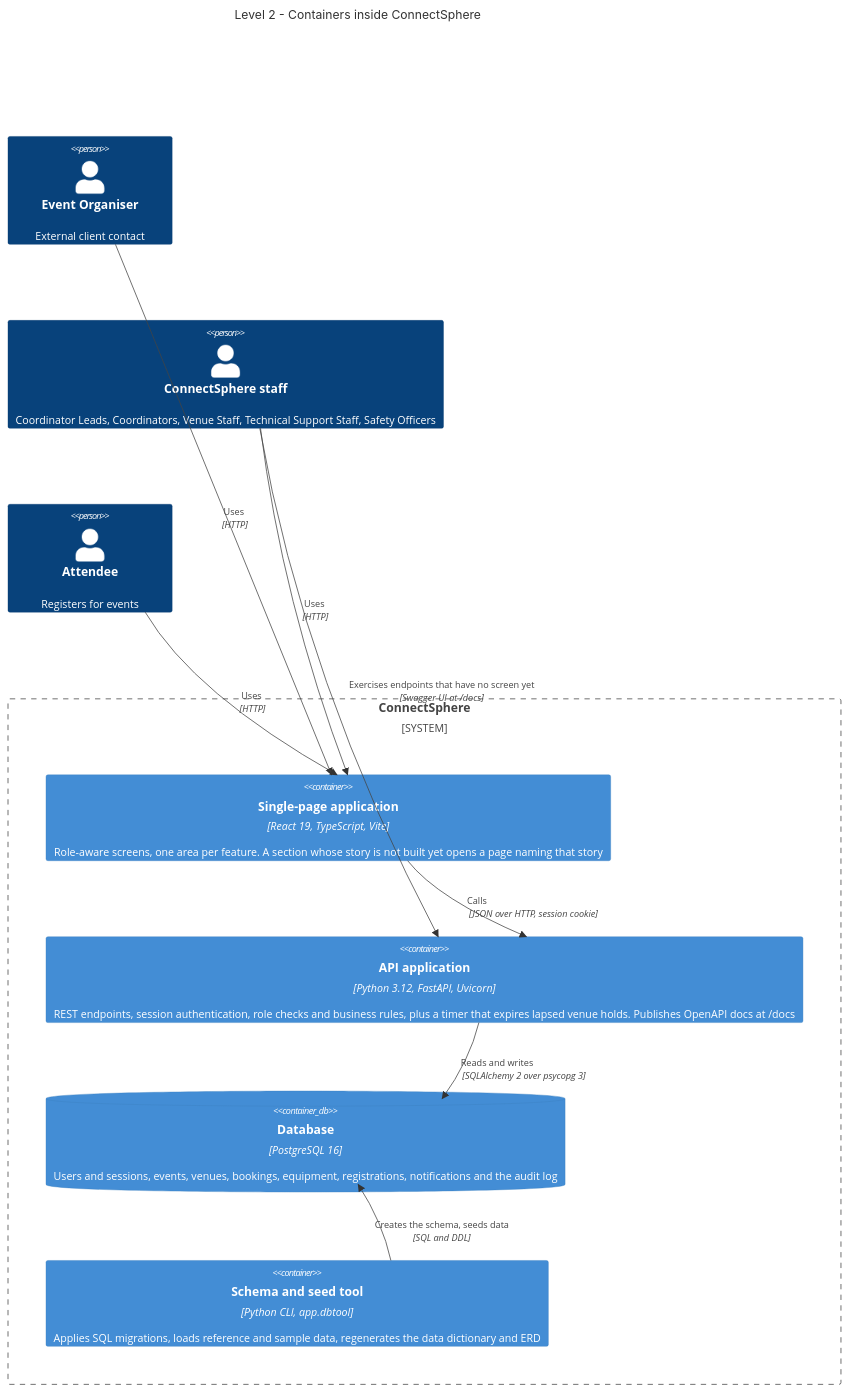
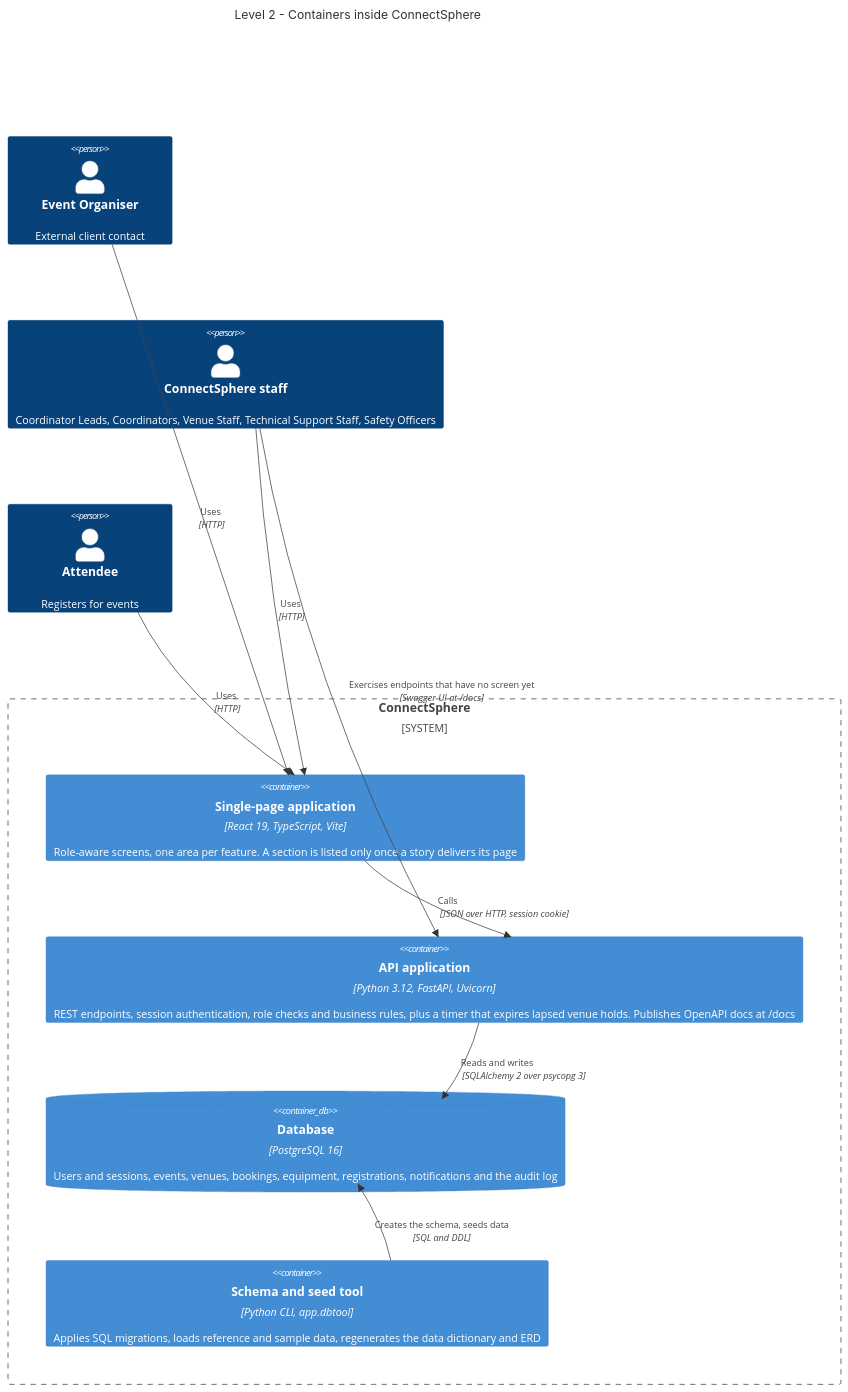
Before and after one commit to mecmk/SPM-G5: the second of 7 diagrams in docs/C4_MODEL.md, drawn with Mermaid. The commit also changed 15 other files, not shown here.

````diff
--- a/docs/C4_MODEL.md
+++ b/docs/C4_MODEL.md
@@ -56,25 +56,25 @@
 ```mermaid
 C4Container
     title Level 2 - Containers inside ConnectSphere
 
     Person(organiser, "Event Organiser", "External client contact")
     Person(staff, "ConnectSphere staff", "Coordinator Leads, Coordinators, Venue Staff, Technical Support Staff, Safety Officers")
     Person(attendee, "Attendee", "Registers for events")
 
     System_Boundary(connectsphere, "ConnectSphere") {
-        Container(spa, "Single-page application", "React 19, TypeScript, Vite", "Role-aware screens, one area per feature. A section whose story is not built yet opens a page naming that story")
+        Container(spa, "Single-page application", "React 19, TypeScript, Vite", "Role-aware screens, one area per feature. A section is listed only once a story delivers its page")
         Container(api, "API application", "Python 3.12, FastAPI, Uvicorn", "REST endpoints, session authentication, role checks and business rules, plus a timer that expires lapsed venue holds. Publishes OpenAPI docs at /docs")
         ContainerDb(db, "Database", "PostgreSQL 16", "Users and sessions, events, venues, bookings, equipment, registrations, notifications and the audit log")
         Container(dbtool, "Schema and seed tool", "Python CLI, app.dbtool", "Applies SQL migrations, loads reference and sample data, regenerates the data dictionary and ERD")
     }
 
     Rel(organiser, spa, "Uses", "HTTP")
     Rel(staff, spa, "Uses", "HTTP")
     Rel(attendee, spa, "Uses", "HTTP")
     Rel(staff, api, "Exercises endpoints that have no screen yet", "Swagger UI at /docs")
     Rel(spa, api, "Calls", "JSON over HTTP, session cookie")
     Rel(api, db, "Reads and writes", "SQLAlchemy 2 over psycopg 3")
     Rel(dbtool, db, "Creates the schema, seeds data", "SQL and DDL")
 
     UpdateLayoutConfig($c4ShapeInRow="2", $c4BoundaryInRow="1")
 ```
````
